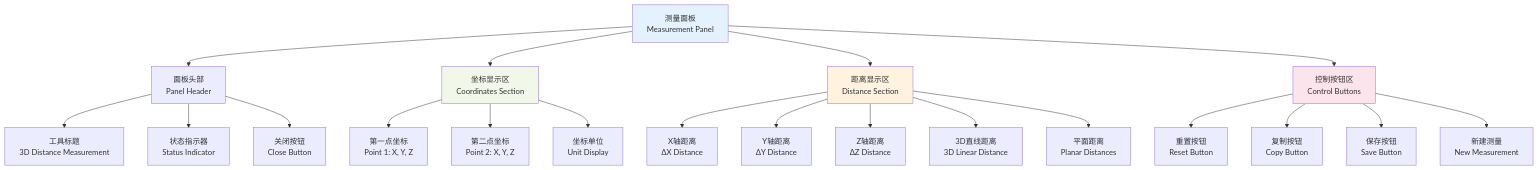
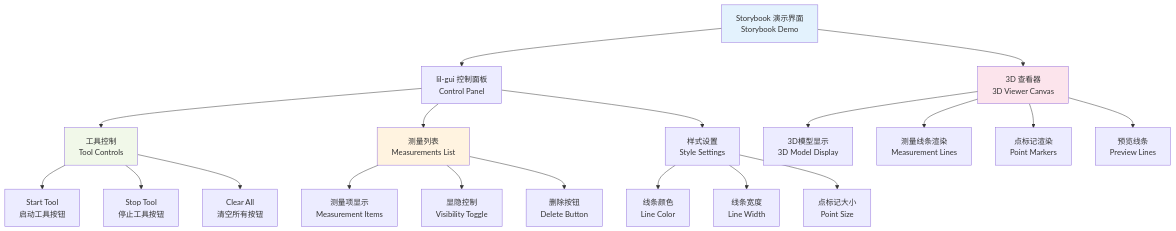
One commit to sjzsdu/tong-notes changed the tenth of 14 diagrams in content/posts/magicloud/uvf/task_measure.md. Above: the diagram before and after it, drawn with Mermaid. The commit also changed other lines of this file and 97 other files, not shown here.

Commit message:
feat(crewai): describe execution flow and design patterns

````diff
--- a/content/posts/magicloud/uvf/task_measure.md
+++ b/content/posts/magicloud/uvf/task_measure.md
@@ -516,31 +506,31 @@
 ```mermaid
 flowchart TD
-    A[测量面板<br/>Measurement Panel] --> B[面板头部<br/>Panel Header]
-    A --> C[坐标显示区<br/>Coordinates Section]
-    A --> D[距离显示区<br/>Distance Section]
-    A --> E[控制按钮区<br/>Control Buttons]
+    A[Storybook 演示界面<br/>Storybook Demo] --> B[lil-gui 控制面板<br/>Control Panel]
+    A --> C[3D 查看器<br/>3D Viewer Canvas]
     
-    B --> B1[工具标题<br/>3D Distance Measurement]
-    B --> B2[状态指示器<br/>Status Indicator]
-    B --> B3[关闭按钮<br/>Close Button]
+    B --> B1[工具控制<br/>Tool Controls]
+    B --> B2[测量列表<br/>Measurements List]
+    B --> B3[样式设置<br/>Style Settings]
     
-    C --> C1[第一点坐标<br/>Point 1: X, Y, Z]
-    C --> C2[第二点坐标<br/>Point 2: X, Y, Z]
-    C --> C3[坐标单位<br/>Unit Display]
+    B1 --> B11[Start Tool<br/>启动工具按钮]
+    B1 --> B12[Stop Tool<br/>停止工具按钮]
+    B1 --> B13[Clear All<br/>清空所有按钮]
     
-    D --> D1[X轴距离<br/>ΔX Distance]
-    D --> D2[Y轴距离<br/>ΔY Distance]
-    D --> D3[Z轴距离<br/>ΔZ Distance]
-    D --> D4[3D直线距离<br/>3D Linear Distance]
-    D --> D5[平面距离<br/>Planar Distances]
+    B2 --> B21[测量项显示<br/>Measurement Items]
+    B2 --> B22[显隐控制<br/>Visibility Toggle]
+    B2 --> B23[删除按钮<br/>Delete Button]
     
-    E --> E1[重置按钮<br/>Reset Button]
-    E --> E2[复制按钮<br/>Copy Button]
-    E --> E3[保存按钮<br/>Save Button]
-    E --> E4[新建测量<br/>New Measurement]
+    B3 --> B31[线条颜色<br/>Line Color]
+    B3 --> B32[线条宽度<br/>Line Width]
+    B3 --> B33[点标记大小<br/>Point Size]
+    
+    C --> C1[3D模型显示<br/>3D Model Display]
+    C --> C2[测量线条渲染<br/>Measurement Lines]
+    C --> C3[点标记渲染<br/>Point Markers]
+    C --> C4[预览线条<br/>Preview Lines]
     
     style A fill:#e3f2fd
-    style C fill:#f1f8e9
-    style D fill:#fff3e0
-    style E fill:#fce4ec
+    style B1 fill:#f1f8e9
+    style B2 fill:#fff3e0
+    style C fill:#fce4ec
 ```
````
